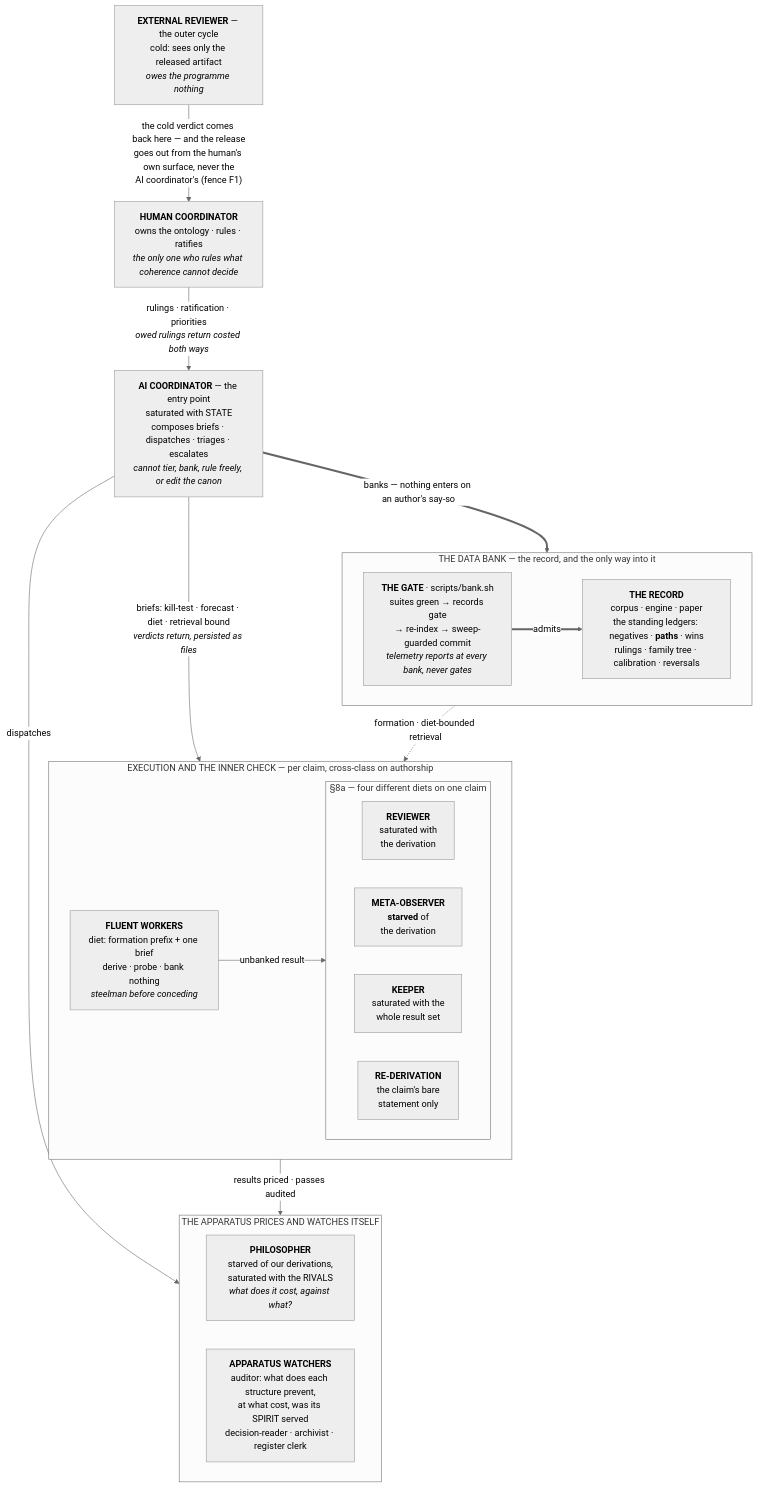
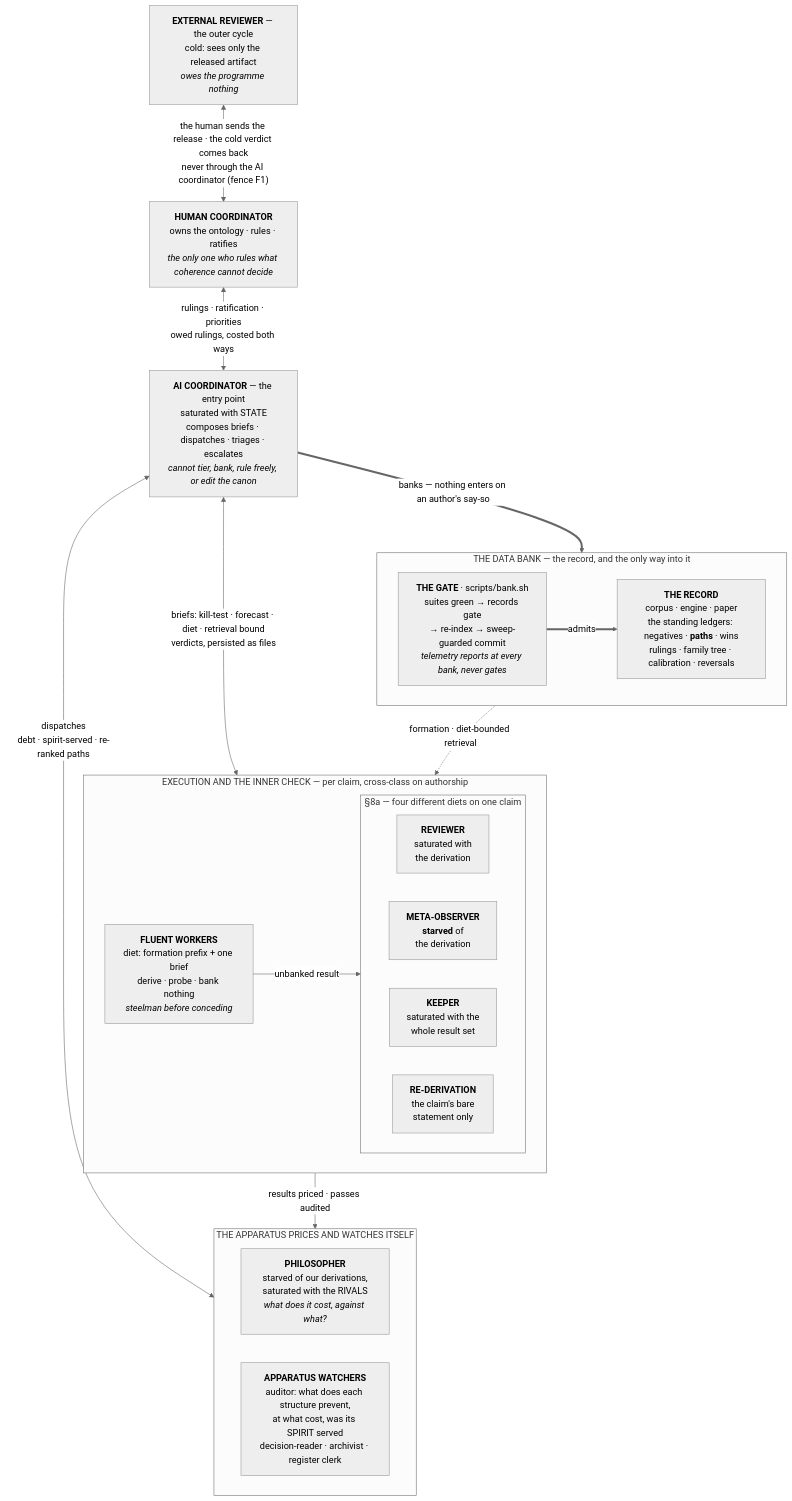
Before and after one commit to yaerhf/research-ratchet: the diagram in README.md, drawn with Mermaid (neutral theme).

Commit message:
organigramme: bidirectional arrows where the relationship really runs both ways (human coordinator, 2026-08-27).
Four links now carry arrowheads at both ends - the release out and the cold verdict back; rulings down and owed rulings up, costed both ways; briefs down and verdicts up; dispatches down and debt, spirit-served and re-ranked paths up. Three stay one-way because the traffic is one-way and drawing otherwise would assert something false: results flow ON to be priced and audited, the coordinator BANKS (the ratchet's whole point is that this direction does not reverse), and the record feeds formation and diet-bounded retrieval back to execution.

It also improves the layout rather than fighting it: a bidirectional link is ONE edge to the layout engine, so the return traffic is now DRAWN instead of described in italics in the label, and no back edge is added that would re-sink the execution row (mermaid ranks by longest path).

````diff
--- a/README.md
+++ b/README.md
@@ -15,49 +15,48 @@
 ```mermaid
 flowchart TB
     XR["<b>EXTERNAL REVIEWER</b> — the outer cycle<br/>cold: sees only the released artifact<br/><i>owes the programme nothing</i>"]
     HC["<b>HUMAN COORDINATOR</b><br/>owns the ontology · rules · ratifies<br/><i>the only one who rules what coherence cannot decide</i>"]
     AC["<b>AI COORDINATOR</b> — the entry point<br/>saturated with STATE<br/>composes briefs · dispatches · triages · escalates<br/><i>cannot tier, bank, rule freely, or edit the canon</i>"]
 
     subgraph EXEC ["EXECUTION AND THE INNER CHECK — per claim, cross-class on authorship"]
         direction LR
         W["<b>FLUENT WORKERS</b><br/>diet: formation prefix + one brief<br/>derive · probe · bank nothing<br/><i>steelman before conceding</i>"]
         subgraph INNER ["§8a — four different diets on one claim"]
             direction LR
             RV["<b>REVIEWER</b><br/>saturated with<br/>the derivation"]
             MO["<b>META-OBSERVER</b><br/><b>starved</b> of<br/>the derivation"]
             KP["<b>KEEPER</b><br/>saturated with the<br/>whole result set"]
             RD["<b>RE-DERIVATION</b><br/>the claim's bare<br/>statement only"]
         end
         W -->|"unbanked result"| INNER
     end
 
     subgraph META ["THE APPARATUS PRICES AND WATCHES ITSELF"]
         direction LR
         PH["<b>PHILOSOPHER</b><br/>starved of our derivations,<br/>saturated with the RIVALS<br/><i>what does it cost, against what?</i>"]
         AUD["<b>APPARATUS WATCHERS</b><br/>auditor: what does each structure prevent,<br/>at what cost, was its SPIRIT served<br/>decision-reader · archivist · register clerk"]
     end
 
     subgraph BANK ["THE DATA BANK — the record, and the only way into it"]
         direction LR
         GATE["<b>THE GATE</b> · scripts/bank.sh<br/>suites green → records gate<br/>→ re-index → sweep-guarded commit<br/><i>telemetry reports at every bank, never gates</i>"]
         REC["<b>THE RECORD</b><br/>corpus · engine · paper<br/>the standing ledgers: negatives · <b>paths</b> · wins<br/>rulings · family tree · calibration · reversals"]
         GATE ==>|"admits"| REC
     end
 
-    XR -->|"the cold verdict comes back here — and the release<br/>goes out from the human's own surface, never the<br/>AI coordinator's (fence F1)"| HC
-    HC -->|"rulings · ratification · priorities<br/><i>owed rulings return costed both ways</i>"| AC
-    AC -->|"briefs: kill-test · forecast · diet · retrieval bound<br/><i>verdicts return, persisted as files</i>"| EXEC
-    AC -->|"dispatches"| META
+    XR <-->|"the human sends the release · the cold verdict comes back<br/>never through the AI coordinator (fence F1)"| HC
+    HC <-->|"rulings · ratification · priorities<br/>owed rulings, costed both ways"| AC
+    AC <-->|"briefs: kill-test · forecast · diet · retrieval bound<br/>verdicts, persisted as files"| EXEC
+    AC <-->|"dispatches<br/>debt · spirit-served · re-ranked paths"| META
     EXEC -->|"results priced · passes audited"| META
     AC ==>|"banks — nothing enters on an author's say-so"| BANK
     REC -.->|"formation · diet-bounded retrieval"| EXEC
 
-    %% Layout only. Mermaid ranks by LONGEST PATH, so the record's feed back up to the
-    %% workers would otherwise sink the execution row to the bottom of the drawing — which
-    %% is exactly what the first render did. Making it the one edge that CLOSES a cycle
-    %% (EXEC -> META -> BANK -> REC -> EXEC) marks it as the feedback edge instead, and the
-    %% invisible link supplies the order no truthful edge could: neither the philosopher nor
-    %% the auditor clears a bank, so drawing one there would put a gate in the picture that
-    %% does not exist in the apparatus.
+    %% Layout only, and the arrowheads do the rest. A bidirectional link is ONE edge to the
+    %% layout engine, so the return traffic is now drawn rather than described in the label —
+    %% without adding a back edge that would re-sink the execution row (mermaid ranks by
+    %% longest path). The invisible link supplies the order no truthful edge could: neither
+    %% the philosopher nor the auditor clears a bank, and inventing an edge there to satisfy
+    %% the layout would draw a gate that does not exist in the apparatus.
     META ~~~ BANK
 ```
````
